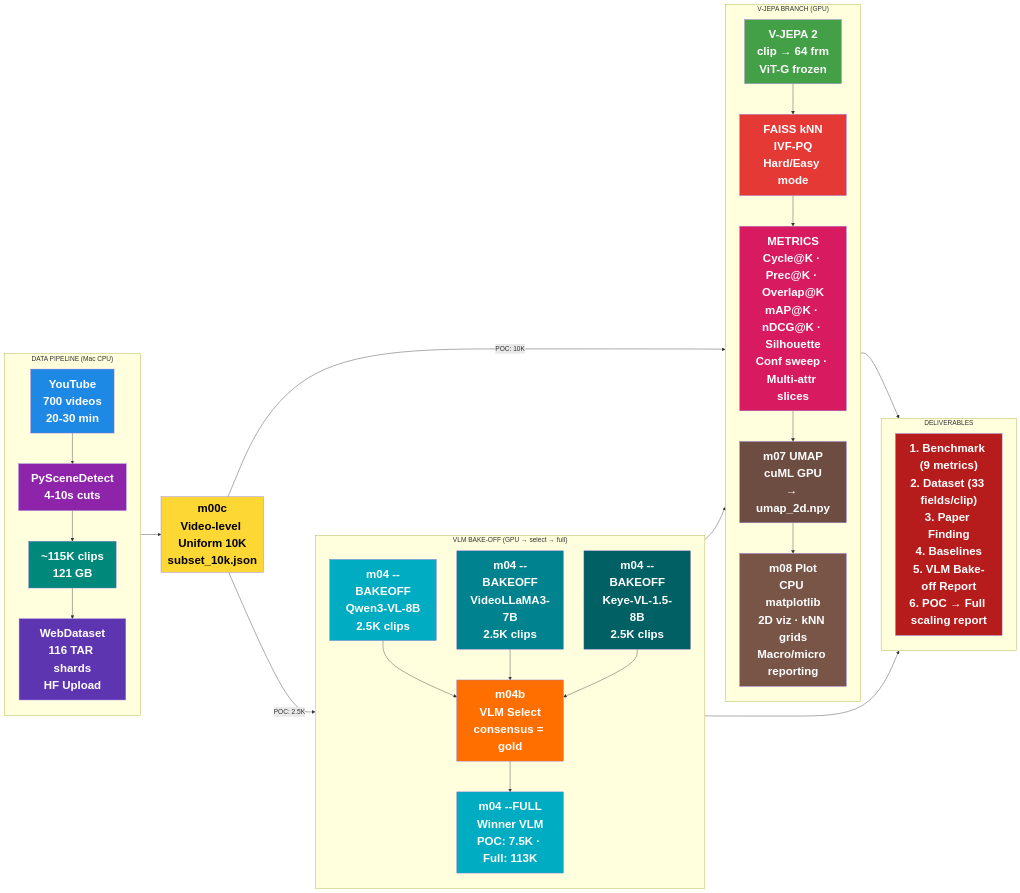
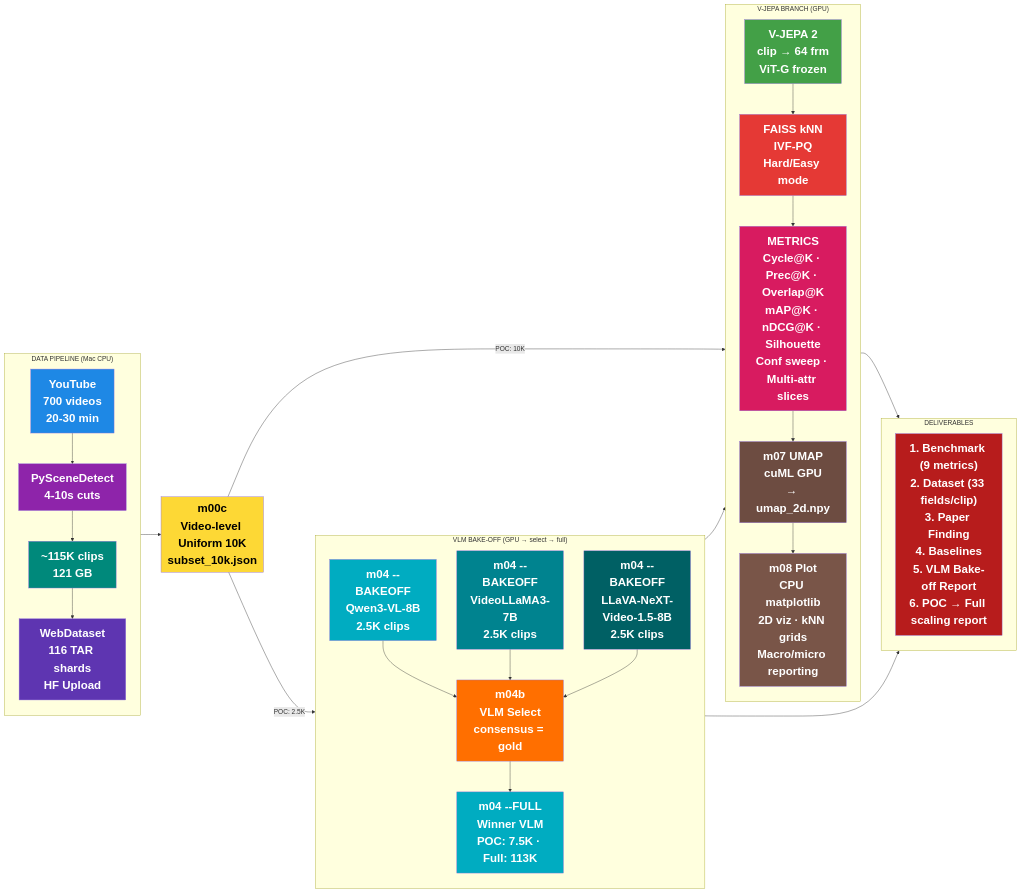
One commit to kapilw25/factorjepa changed the first of 2 diagrams in iter/iter6/plan_HIGH_LEVEL.md. Above: the diagram before and after it, drawn with Mermaid. The commit also changed other lines of this file and 124 other files, not shown here.

````diff
--- a/iter/iter6/plan_HIGH_LEVEL.md
+++ b/iter/iter6/plan_HIGH_LEVEL.md
@@ -77,56 +77,56 @@
 ```mermaid
 flowchart LR
     subgraph DATA ["DATA PIPELINE (Mac CPU)"]
         direction TB
         A["YouTube<br>700 videos<br>20-30 min"] --> B["PySceneDetect<br>4-10s cuts"]
         B --> C["~115K clips<br>121 GB"]
         C --> D["WebDataset<br>116 TAR shards<br>HF Upload"]
     end
 
     subgraph SUB ["m00c<br>Video-level Uniform 10K<br>subset_10k.json"]
     end
 
     subgraph VJEPA ["V-JEPA BRANCH (GPU)"]
         direction TB
         E["V-JEPA 2<br>clip → 64 frm<br>ViT-G frozen"] --> F["FAISS kNN<br>IVF-PQ<br>Hard/Easy mode"]
         F --> G["METRICS<br>Cycle@K · Prec@K · Overlap@K<br>mAP@K · nDCG@K · Silhouette<br>Conf sweep · Multi-attr slices"]
         G --> H1["m07 UMAP<br>cuML GPU<br>→ umap_2d.npy"]
         H1 --> H2["m08 Plot<br>CPU matplotlib<br>2D viz · kNN grids<br>Macro/micro reporting"]
     end
 
     subgraph VLM ["VLM BAKE-OFF (GPU → select → full)"]
         direction TB
         I1["m04 --BAKEOFF<br>Qwen3-VL-8B<br>2.5K clips"] --> S["m04b<br>VLM Select<br>consensus = gold"]
         I2["m04 --BAKEOFF<br>VideoLLaMA3-7B<br>2.5K clips"] --> S
-        I3["m04 --BAKEOFF<br>Keye-VL-1.5-8B<br>2.5K clips"] --> S
+        I3["m04 --BAKEOFF<br>LLaVA-NeXT-Video-1.5-8B<br>2.5K clips"] --> S
         S --> W["m04 --FULL<br>Winner VLM<br>POC: 7.5K · Full: 113K"]
     end
 
     subgraph OUT ["DELIVERABLES"]
         K["1. Benchmark (9 metrics)<br>2. Dataset (33 fields/clip)<br>3. Paper Finding<br>4. Baselines<br>5. VLM Bake-off Report<br>6. POC → Full scaling report"]
     end
 
     DATA --> SUB
     SUB -->|"POC: 10K"| VJEPA
     SUB -->|"POC: 2.5K"| VLM
     VLM --> VJEPA
     VJEPA --> OUT
     VLM --> OUT
 
     style A fill:#1e88e5,color:#fff,font-weight:bold,font-size:28px
     style B fill:#8e24aa,color:#fff,font-weight:bold,font-size:28px
     style C fill:#00897b,color:#fff,font-weight:bold,font-size:28px
     style D fill:#5e35b1,color:#fff,font-weight:bold,font-size:28px
     style SUB fill:#fdd835,color:#000,font-weight:bold,font-size:28px
     style E fill:#43a047,color:#fff,font-weight:bold,font-size:28px
     style F fill:#e53935,color:#fff,font-weight:bold,font-size:28px
     style G fill:#d81b60,color:#fff,font-weight:bold,font-size:28px
     style H1 fill:#6d4c41,color:#fff,font-weight:bold,font-size:28px
     style H2 fill:#795548,color:#fff,font-weight:bold,font-size:28px
     style I1 fill:#00acc1,color:#fff,font-weight:bold,font-size:28px
     style I2 fill:#00838f,color:#fff,font-weight:bold,font-size:28px
     style I3 fill:#006064,color:#fff,font-weight:bold,font-size:28px
     style S fill:#ff6f00,color:#fff,font-weight:bold,font-size:28px
     style W fill:#00acc1,color:#fff,font-weight:bold,font-size:28px
     style K fill:#b71c1c,color:#fff,font-weight:bold,font-size:28px
 ```
````
